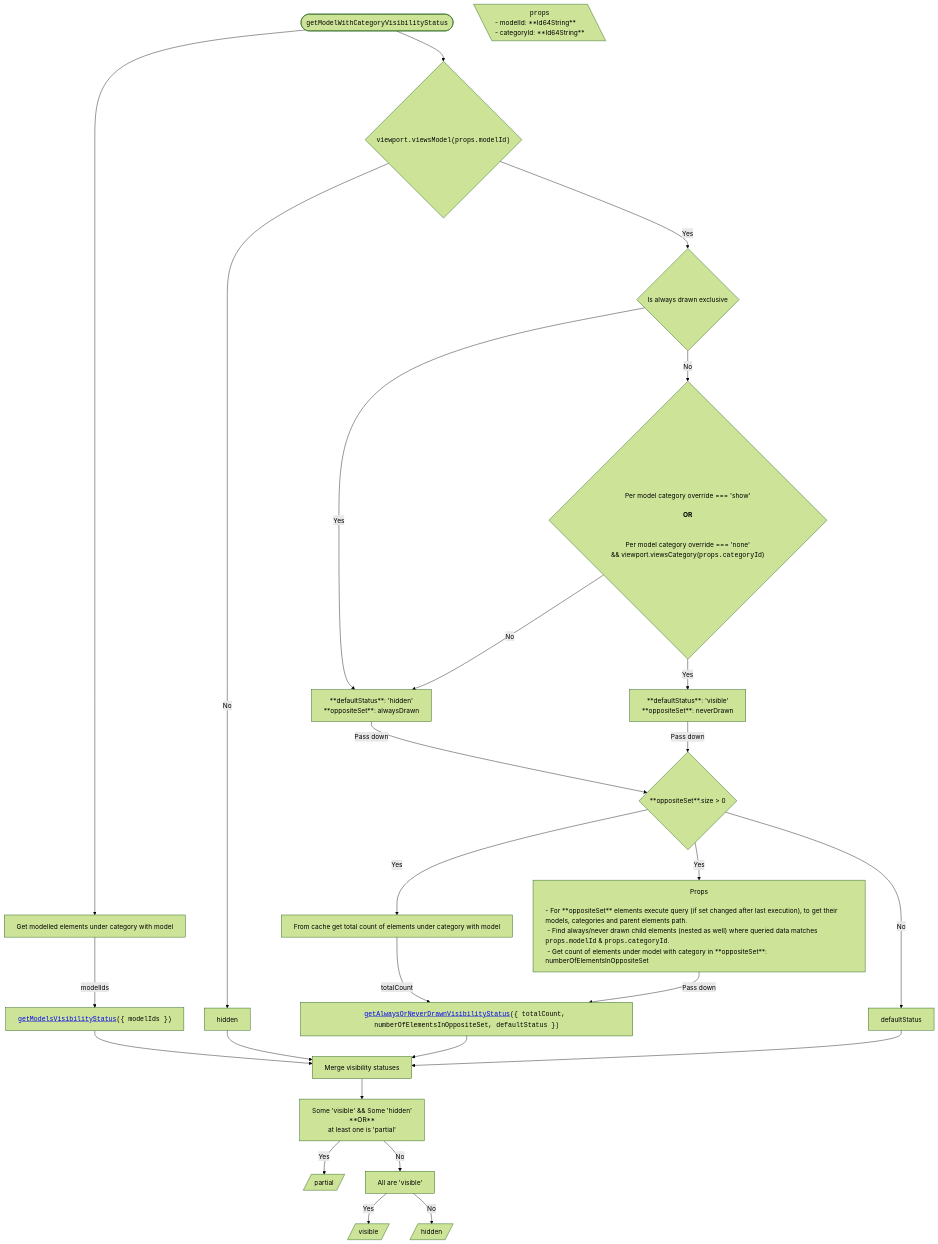
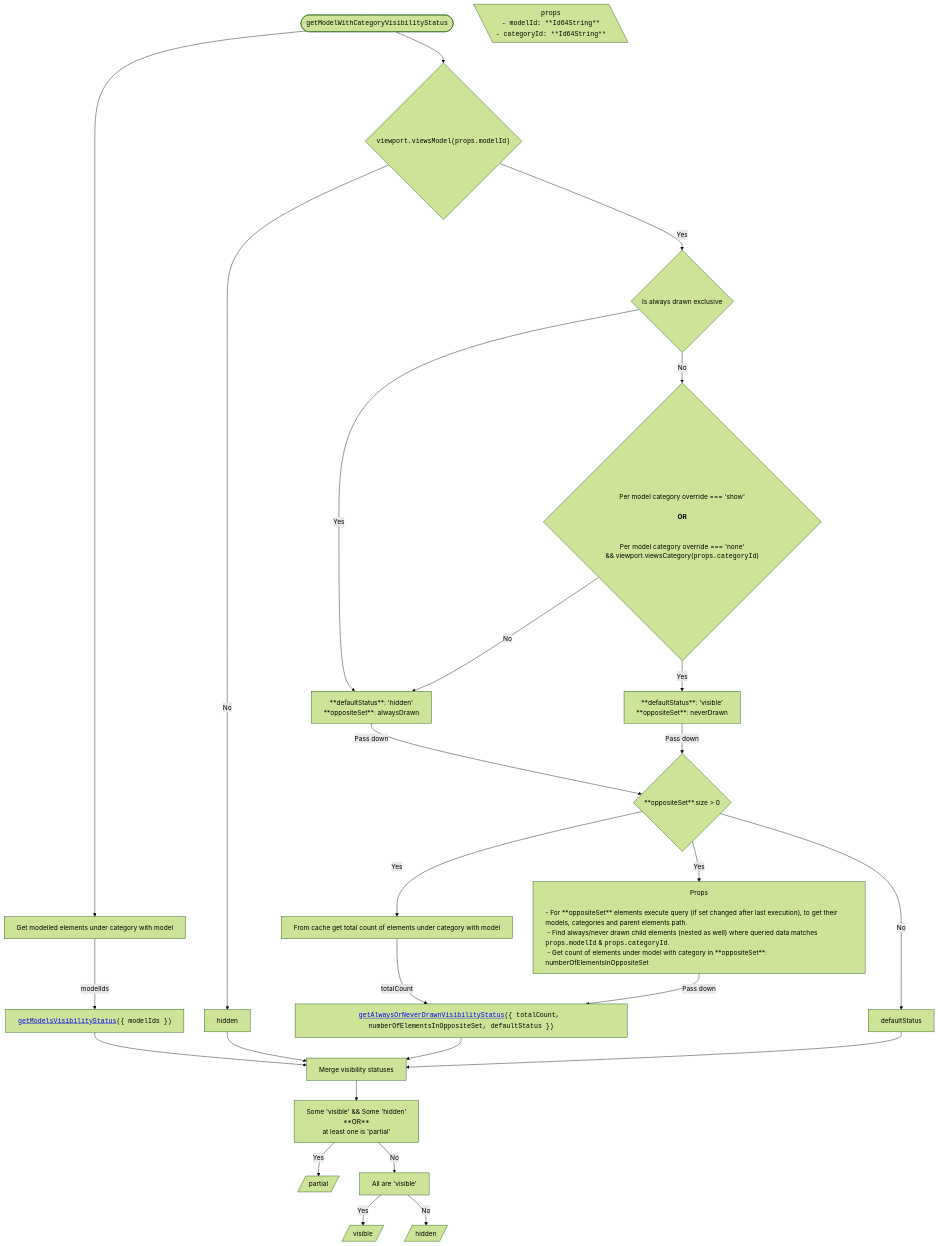
The fourth of 6 diagrams in packages/itwin/tree-widget/docs/SharedVisibilityHandling.md (iTwin/viewer-components-react), drawn with Mermaid (forest theme) before and after one commit.

```diff
--- a/packages/itwin/tree-widget/docs/SharedVisibilityHandling.md
+++ b/packages/itwin/tree-widget/docs/SharedVisibilityHandling.md
@@ -212,7 +212,7 @@
 
   PROPS[\"
     <code>props</code>
-    <div style='text-align: left;'>- modelId: **Id64String** <br/> - categoryId: **Id64String**</div>
+    <code style='text-align: left;'>- modelId: **Id64String**<br/> - categoryId: **Id64String**</code>
   "\]
 
   %% Branch A1
```
